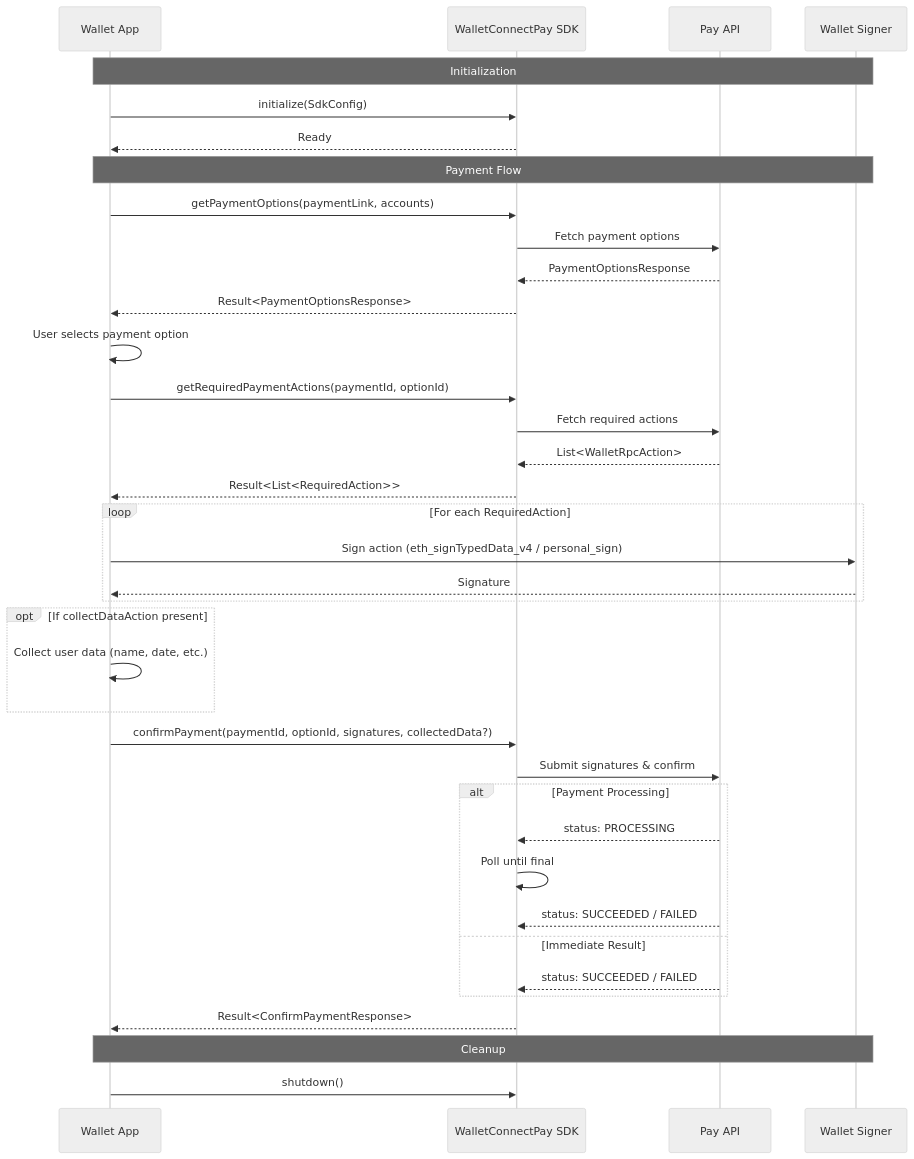
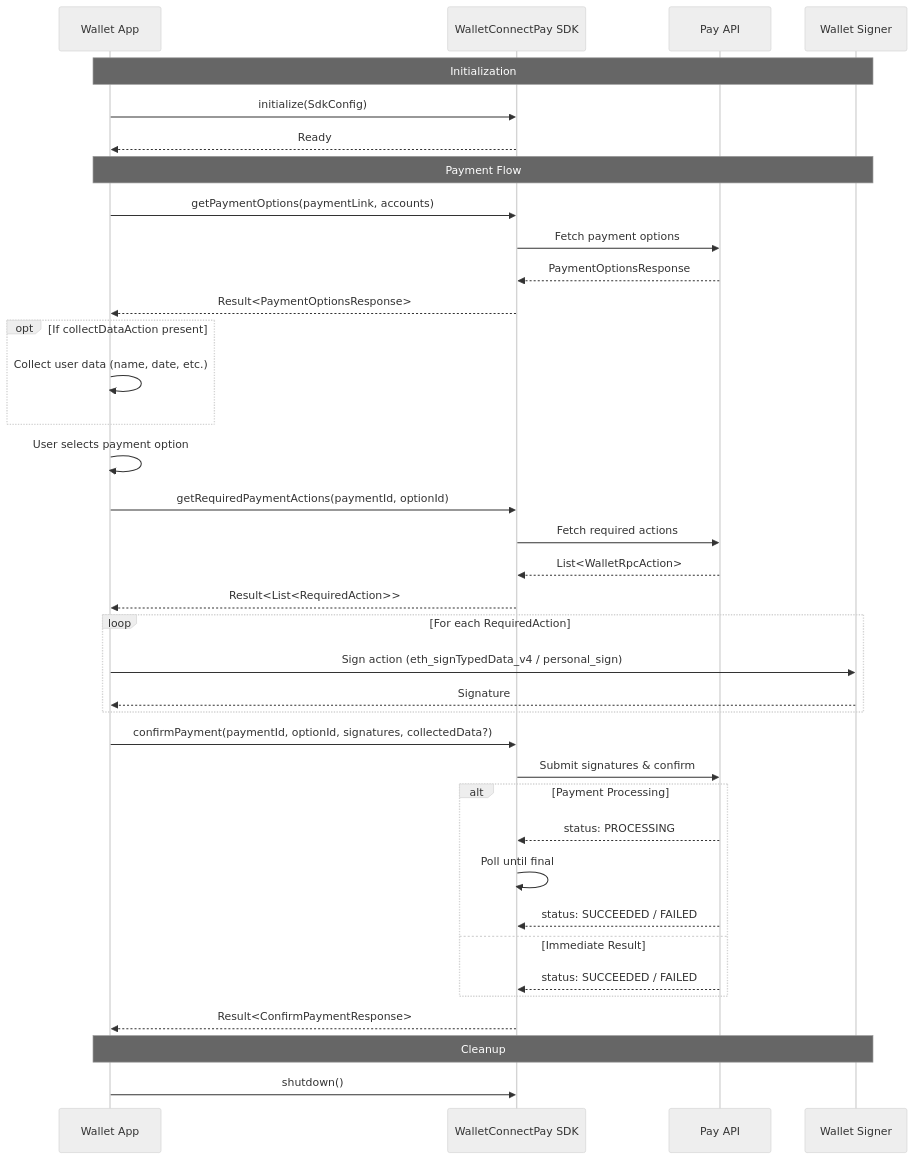
One commit to reown-com/reown-kotlin changed the diagram in product/pay/README.md. Above: the diagram before and after it, drawn with Mermaid (neutral theme). The commit also changed other lines of this file, not shown here.

````diff
--- a/product/pay/README.md
+++ b/product/pay/README.md
@@ -24,49 +24,49 @@
 ```mermaid
 sequenceDiagram
     participant App as Wallet App
     participant SDK as WalletConnectPay SDK
     participant API as Pay API
     participant Wallet as Wallet Signer
 
     Note over App,Wallet: Initialization
     App->>SDK: initialize(SdkConfig)
     SDK-->>App: Ready
 
     Note over App,Wallet: Payment Flow
     App->>SDK: getPaymentOptions(paymentLink, accounts)
     SDK->>API: Fetch payment options
     API-->>SDK: PaymentOptionsResponse
     SDK-->>App: Result<PaymentOptionsResponse>
 
+    opt If collectDataAction present
+        App->>App: Collect user data (name, date, etc.)
+    end
+
     App->>App: User selects payment option
 
     App->>SDK: getRequiredPaymentActions(paymentId, optionId)
     SDK->>API: Fetch required actions
     API-->>SDK: List<WalletRpcAction>
     SDK-->>App: Result<List<RequiredAction>>
 
     loop For each RequiredAction
         App->>Wallet: Sign action (eth_signTypedData_v4 / personal_sign)
         Wallet-->>App: Signature
-    end
-
-    opt If collectDataAction present
-        App->>App: Collect user data (name, date, etc.)
     end
 
     App->>SDK: confirmPayment(paymentId, optionId, signatures, collectedData?)
     SDK->>API: Submit signatures & confirm
 
     alt Payment Processing
         API-->>SDK: status: PROCESSING
         SDK->>SDK: Poll until final
         API-->>SDK: status: SUCCEEDED / FAILED
     else Immediate Result
         API-->>SDK: status: SUCCEEDED / FAILED
     end
 
     SDK-->>App: Result<ConfirmPaymentResponse>
 
     Note over App,Wallet: Cleanup
     App->>SDK: shutdown()
 ```
````
